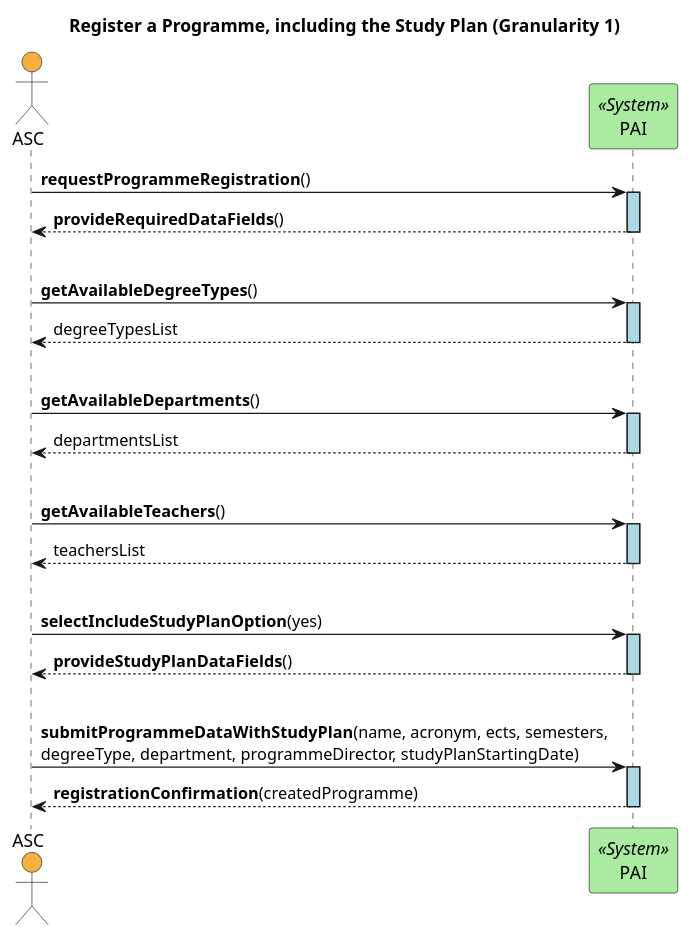
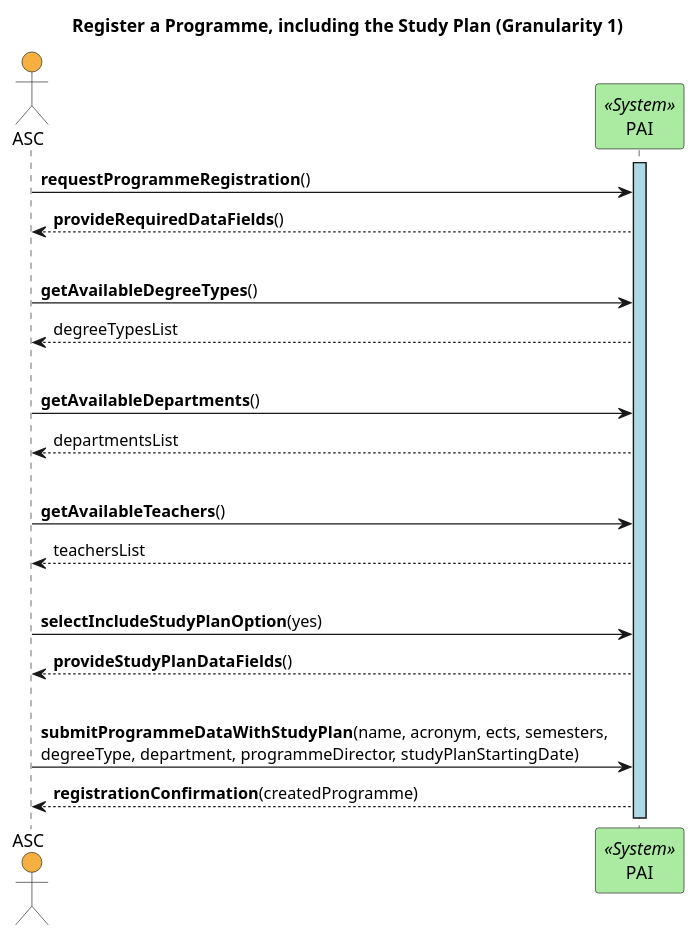
Before and after one commit to GasparISEP/DevOps-PAI: the diagram in docs/US27/Sprint6/ProcessView/Level1.puml, drawn with PlantUML.

Commit message:
Refactor level 1 process view diagram for register programme, including study plan; fixed activation bar. (Ref #527)

```diff
--- a/docs/US27/Sprint6/ProcessView/Level1.puml
+++ b/docs/US27/Sprint6/ProcessView/Level1.puml
@@ -1,38 +1,27 @@
 @startuml
 title Register a Programme, including the Study Plan (Granularity 1)
 skinparam sequenceLifeLineBackgroundColor lightblue
 
 actor ASC #F5B041
 participant "PAI" as system <<System>> #ABEBA1
 
+activate system
 ASC -> system: **requestProgrammeRegistration**()
-activate system
 system --> ASC: **provideRequiredDataFields**()
-deactivate system
 |||
 ASC -> system: **getAvailableDegreeTypes**()
-activate system
 system --> ASC: degreeTypesList
-deactivate system
 |||
 ASC -> system: **getAvailableDepartments**()
-activate system
 system --> ASC: departmentsList
-deactivate system
 |||
 ASC -> system: **getAvailableTeachers**()
-activate system
 system --> ASC: teachersList
-deactivate system
 |||
 ASC -> system: **selectIncludeStudyPlanOption**(yes)
-activate system
 system --> ASC: **provideStudyPlanDataFields**()
-deactivate system
 |||
 ASC -> system: **submitProgrammeDataWithStudyPlan**(name, acronym, ects, semesters, \ndegreeType, department, programmeDirector, studyPlanStartingDate)
-activate system
 system --> ASC: **registrationConfirmation**(createdProgramme)
-deactivate system
 
 @enduml
```
